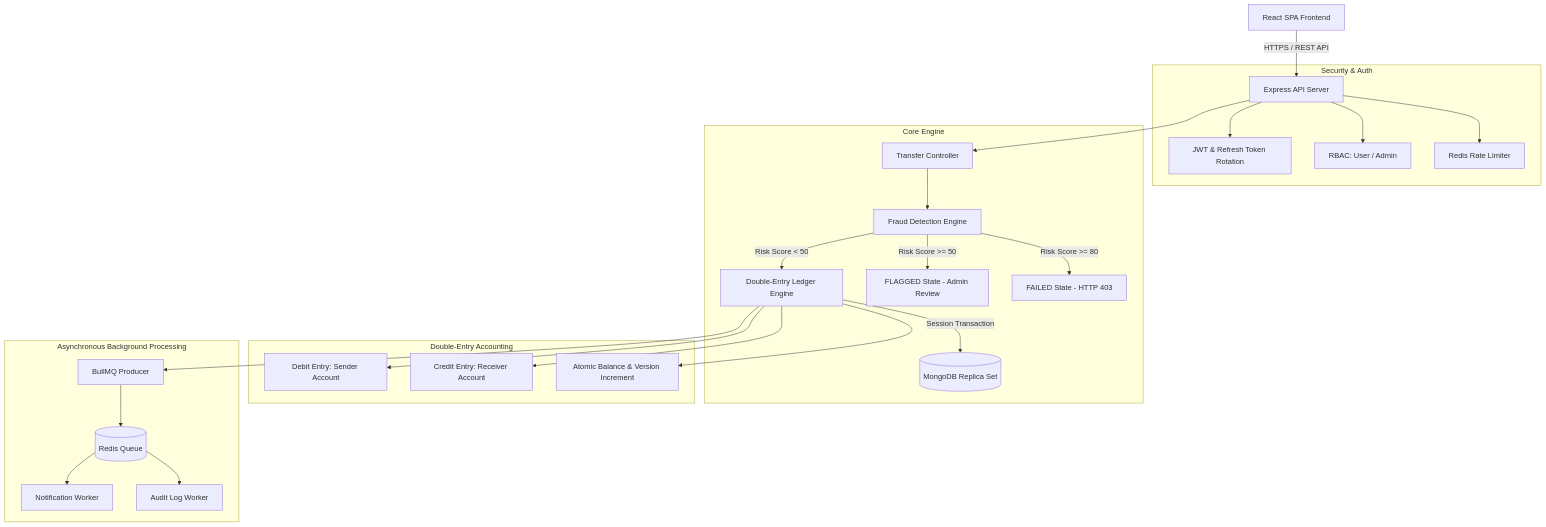
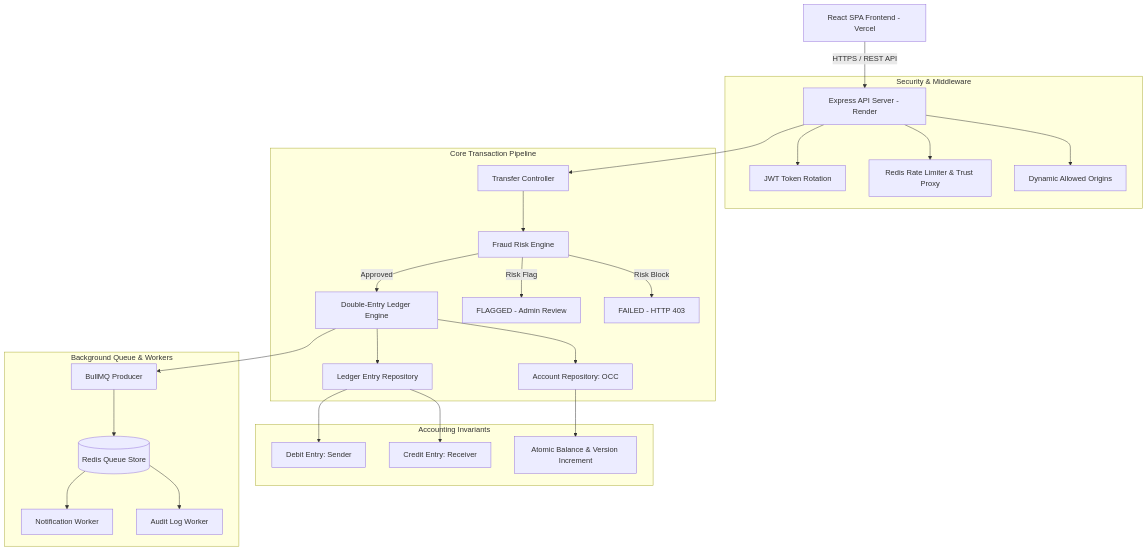
One commit to harshilrajyaguru/vetanam-payment-ledger changed the diagram in README.md. Above: the diagram before and after it, drawn with Mermaid. The commit also changed other lines of this file, not shown here.

Commit message:
Update README.md with current features, live deployment links, and architecture highlights

````diff
--- a/README.md
+++ b/README.md
@@ -15,33 +44,34 @@
 ```mermaid
 graph TD
-    Client[React SPA Frontend] -->|HTTPS / REST API| API[Express API Server]
+    Client[React SPA Frontend - Vercel] -->|HTTPS / REST API| API[Express API Server - Render]
     
-    subgraph Security & Auth
-        API --> AuthGuard[JWT & Refresh Token Rotation]
-        API --> RoleGuard[RBAC: User / Admin]
-        API --> RateLimiter[Redis Rate Limiter]
+    subgraph Security & Middleware
+        API --> AuthGuard[JWT Token Rotation]
+        API --> RateLimiter[Redis Rate Limiter & Trust Proxy]
+        API --> CORS[Dynamic Allowed Origins]
     end
 
-    subgraph Core Engine
+    subgraph Core Transaction Pipeline
         API --> TransferController[Transfer Controller]
-        TransferController --> FraudService[Fraud Detection Engine]
-        FraudService -->|Risk Score < 50| LedgerService[Double-Entry Ledger Engine]
-        FraudService -->|Risk Score >= 50| FlaggedState[FLAGGED State - Admin Review]
-        FraudService -->|Risk Score >= 80| BlockedState[FAILED State - HTTP 403]
+        TransferController --> FraudService[Fraud Risk Engine]
+        FraudService -->|Approved| LedgerService[Double-Entry Ledger Engine]
+        FraudService -->|Risk Flag| FlaggedState[FLAGGED - Admin Review]
+        FraudService -->|Risk Block| BlockedState[FAILED - HTTP 403]
 
-        LedgerService -->|Session Transaction| MongoRS[(MongoDB Replica Set)]
+        LedgerService --> AccountRepo[Account Repository: OCC]
+        LedgerService --> LedgerRepo[Ledger Entry Repository]
     end
 
-    subgraph Double-Entry Accounting
-        LedgerService --> DEBIT[Debit Entry: Sender Account]
-        LedgerService --> CREDIT[Credit Entry: Receiver Account]
-        LedgerService --> AtomicUpdate[Atomic Balance & Version Increment]
+    subgraph Accounting Invariants
+        LedgerRepo --> DEBIT[Debit Entry: Sender]
+        LedgerRepo --> CREDIT[Credit Entry: Receiver]
+        AccountRepo --> VersionUpdate[Atomic Balance & Version Increment]
     end
 
-    subgraph Asynchronous Background Processing
+    subgraph Background Queue & Workers
         LedgerService --> QueueProducer[BullMQ Producer]
-        QueueProducer --> RedisQueue[(Redis Queue)]
-        RedisQueue --> NotifWorker[Notification Worker]
-        RedisQueue --> AuditWorker[Audit Log Worker]
+        QueueProducer --> RedisStore[(Redis Queue Store)]
+        RedisStore --> NotifWorker[Notification Worker]
+        RedisStore --> AuditWorker[Audit Log Worker]
     end
 ```
````
